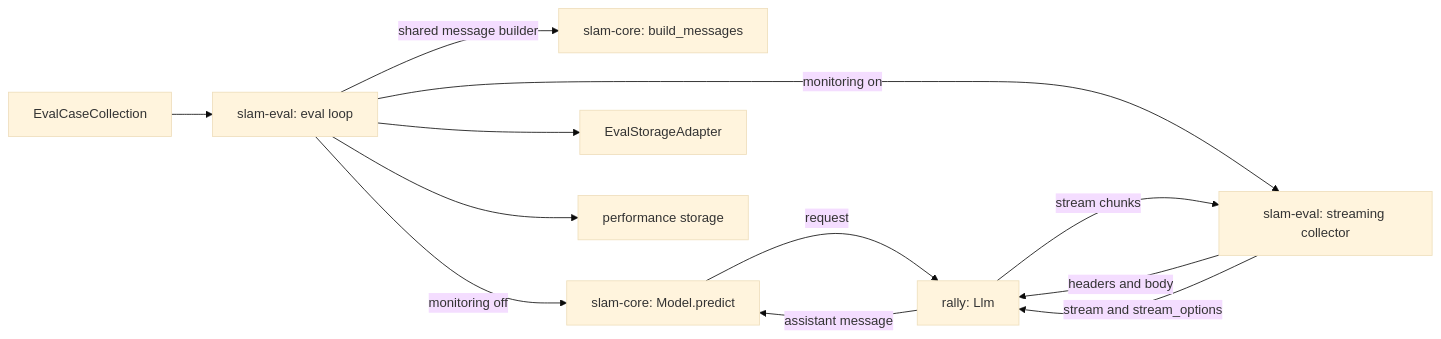
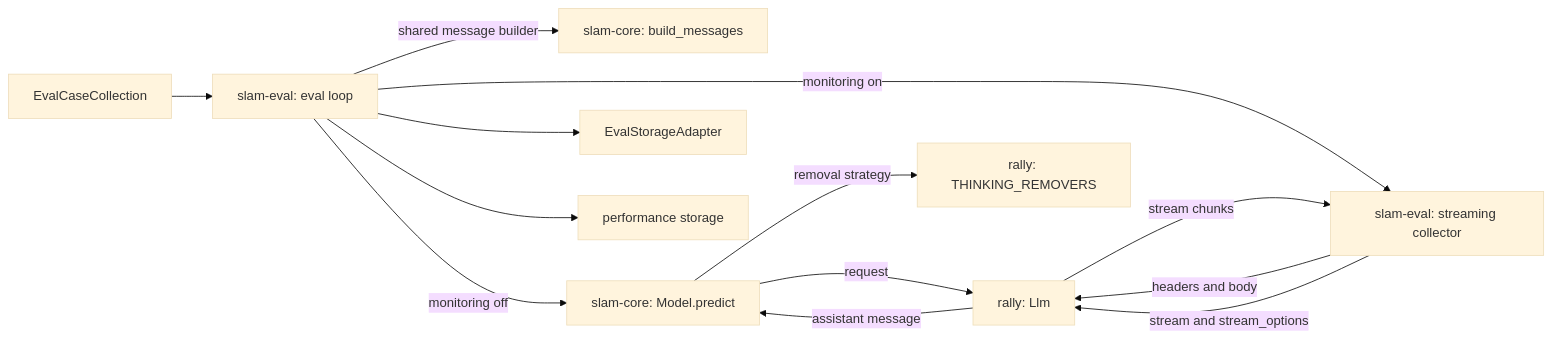
Before and after one commit to anton-pershin/slam-core: the diagram in .internal/specs/06-collector-llm-request-kiss-spec.md, drawn with Mermaid (base theme). The commit also changed other lines of this file, not shown here.

Commit message:
Spec 06: state the ownership boundaries (envelope, auth policy, thinking knobs, transport)

````diff
--- a/.internal/specs/06-collector-llm-request-kiss-spec.md
+++ b/.internal/specs/06-collector-llm-request-kiss-spec.md
@@ -131,14 +131,15 @@
 ```mermaid
 flowchart LR
     A[EvalCaseCollection] --> B[slam-eval: eval loop]
     B -->|shared message builder| M[slam-core: build_messages]
     B -->|monitoring off| C[slam-core: Model.predict]
     B -->|monitoring on| F[slam-eval: streaming collector]
     C -->|request| D[rally: Llm]
+    C -->|removal strategy| R[rally: THINKING_REMOVERS]
     F -->|headers and body| D
     F -->|stream and stream_options| D
     D -->|assistant message| C
     D -->|stream chunks| F
     B --> E[EvalStorageAdapter]
     B --> P[performance storage]
 ```
````
